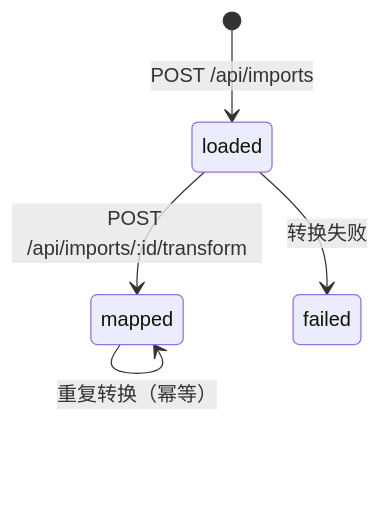
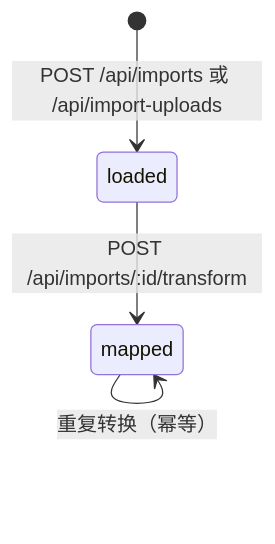
One commit to huql0605/pygo_product_manage_partform changed the seventh of 7 diagrams in docs/architecture.md. Above: the diagram before and after it, drawn with Mermaid. The commit also changed other lines of this file and 5 other files, not shown here.

````diff
--- a/docs/architecture.md
+++ b/docs/architecture.md
@@ -427,7 +435,6 @@
 ```mermaid
 stateDiagram-v2
-    [*] --> loaded: POST /api/imports
+    [*] --> loaded: POST /api/imports 或 /api/import-uploads
     loaded --> mapped: POST /api/imports/:id/transform
-    loaded --> failed: 转换失败
     mapped --> mapped: 重复转换（幂等）
 ```
````
